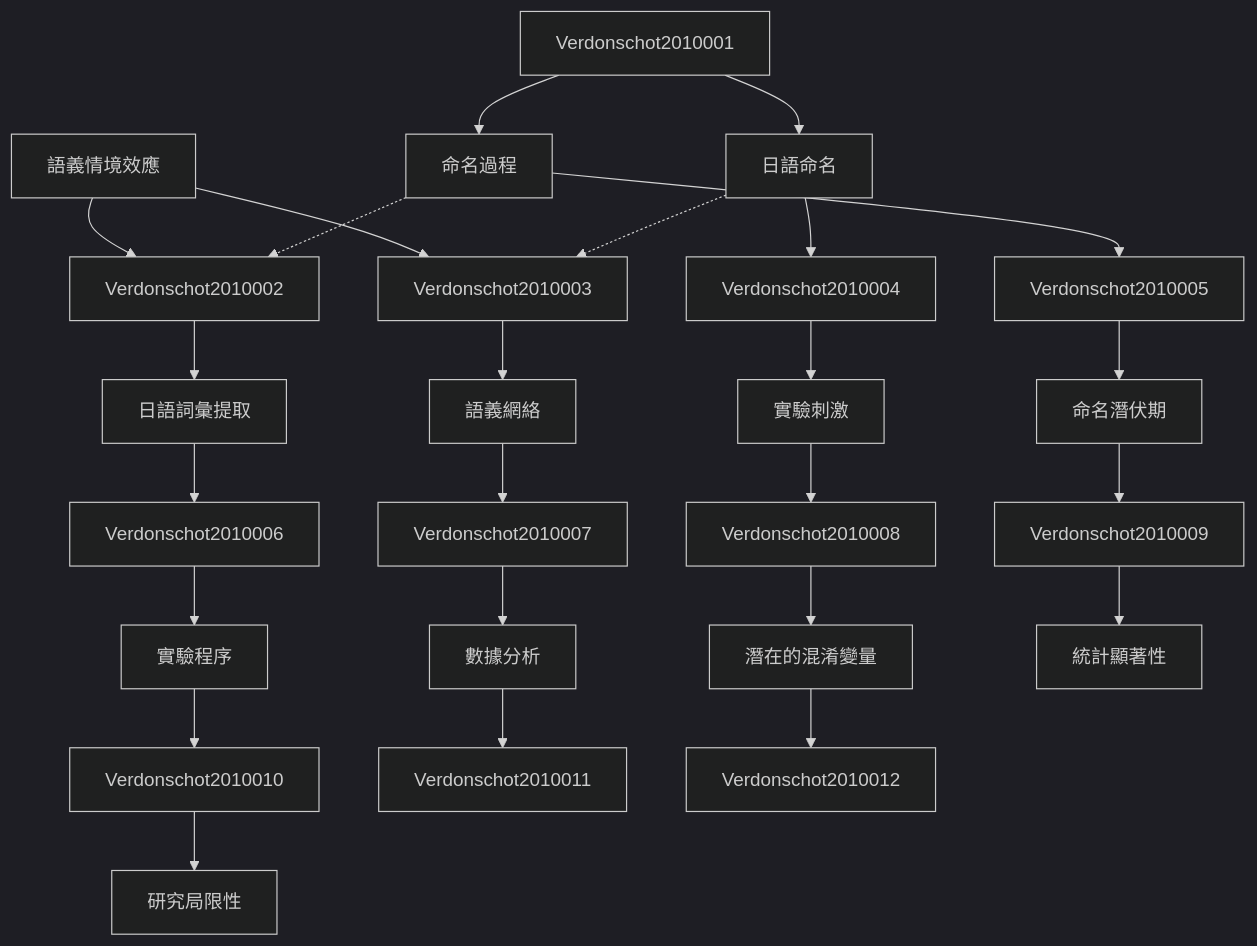
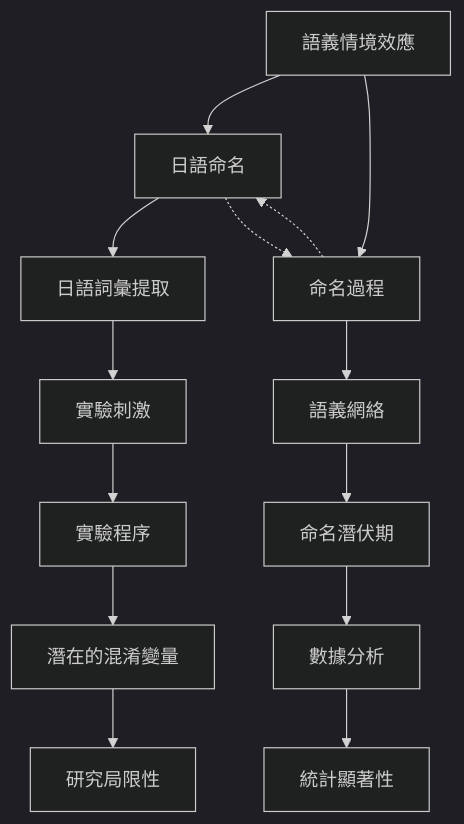
One commit to SCgeeker/Claude_Journal_Club_Agents changed the diagram in output/zettelkasten_notes/zettel_Verdonschot-2010_20251104/zettel_index.md. Above: the diagram before and after it, drawn with Mermaid (dark theme). The commit also changed 776 other files, not shown here.

````diff
--- a/output/zettelkasten_notes/zettel_Verdonschot-2010_20251104/zettel_index.md
+++ b/output/zettelkasten_notes/zettel_Verdonschot-2010_20251104/zettel_index.md
@@ -92,76 +92,65 @@
 ```mermaid
 graph TD
 
     Verdonschot-2010-001["語義情境效應"]
 
     Verdonschot-2010-002["日語命名"]
 
     Verdonschot-2010-003["命名過程"]
 
     Verdonschot-2010-004["日語詞彙提取"]
 
     Verdonschot-2010-005["語義網絡"]
 
     Verdonschot-2010-006["實驗刺激"]
 
     Verdonschot-2010-007["命名潛伏期"]
 
     Verdonschot-2010-008["實驗程序"]
 
     Verdonschot-2010-009["數據分析"]
 
     Verdonschot-2010-010["潛在的混淆變量"]
 
     Verdonschot-2010-011["統計顯著性"]
 
     Verdonschot-2010-012["研究局限性"]
 
-    Verdonschot-2010-001 --> Verdonschot2010002
+    Verdonschot-2010-001 --> Verdonschot-2010-002
 
-    Verdonschot-2010-001 --> Verdonschot2010003
+    Verdonschot-2010-001 --> Verdonschot-2010-003
 
-    Verdonschot2010001 --> Verdonschot-2010-002
 
-    Verdonschot-2010-002 --> Verdonschot2010004
+    Verdonschot-2010-002 --> Verdonschot-2010-004
 
-    Verdonschot-2010-002 -.-> Verdonschot2010003
+    Verdonschot-2010-002 -.-> Verdonschot-2010-003
 
-    Verdonschot2010001 --> Verdonschot-2010-003
 
-    Verdonschot-2010-003 --> Verdonschot2010005
+    Verdonschot-2010-003 --> Verdonschot-2010-005
 
-    Verdonschot-2010-003 -.-> Verdonschot2010002
+    Verdonschot-2010-003 -.-> Verdonschot-2010-002
 
-    Verdonschot2010002 --> Verdonschot-2010-004
 
-    Verdonschot-2010-004 --> Verdonschot2010006
+    Verdonschot-2010-004 --> Verdonschot-2010-006
 
-    Verdonschot2010003 --> Verdonschot-2010-005
 
-    Verdonschot-2010-005 --> Verdonschot2010007
+    Verdonschot-2010-005 --> Verdonschot-2010-007
 
-    Verdonschot2010004 --> Verdonschot-2010-006
 
-    Verdonschot-2010-006 --> Verdonschot2010008
+    Verdonschot-2010-006 --> Verdonschot-2010-008
 
-    Verdonschot2010005 --> Verdonschot-2010-007
 
-    Verdonschot-2010-007 --> Verdonschot2010009
+    Verdonschot-2010-007 --> Verdonschot-2010-009
 
-    Verdonschot2010006 --> Verdonschot-2010-008
 
-    Verdonschot-2010-008 --> Verdonschot2010010
+    Verdonschot-2010-008 --> Verdonschot-2010-010
 
-    Verdonschot2010007 --> Verdonschot-2010-009
 
-    Verdonschot-2010-009 --> Verdonschot2010011
+    Verdonschot-2010-009 --> Verdonschot-2010-011
 
-    Verdonschot2010008 --> Verdonschot-2010-010
 
-    Verdonschot-2010-010 --> Verdonschot2010012
+    Verdonschot-2010-010 --> Verdonschot-2010-012
 
-    Verdonschot2010009 --> Verdonschot-2010-011
 
-    Verdonschot2010010 --> Verdonschot-2010-012
 
 ```
````
